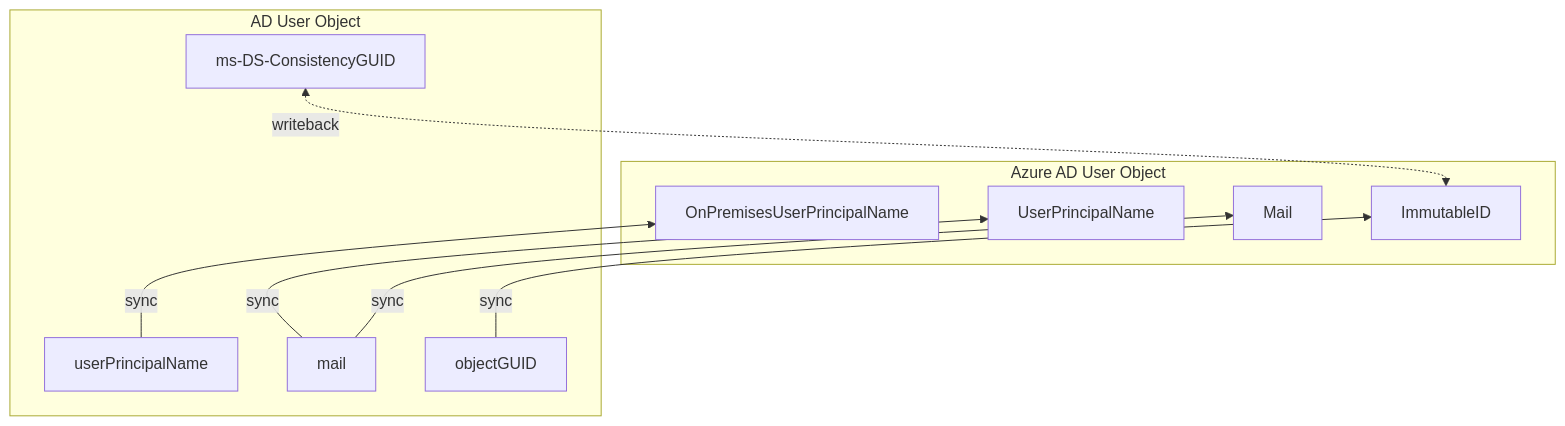
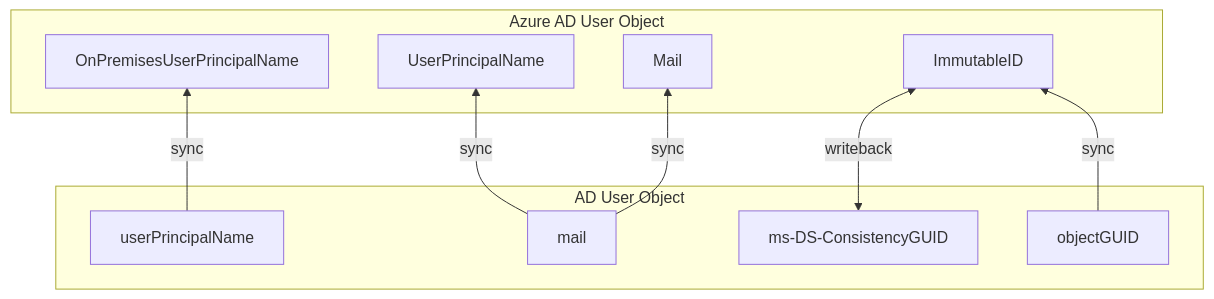
Before and after one commit to amasse3/AzureAD-Baseline-MLZ: the diagram in doc/AAD-CertificateBasedAuthentication-DODPKI.md, drawn with Mermaid. The commit also changed other lines of this file, not shown here.

Commit message:
fix mermaid diagram

`````diff
--- a/doc/AAD-CertificateBasedAuthentication-DODPKI.md
+++ b/doc/AAD-CertificateBasedAuthentication-DODPKI.md
@@ -28,20 +28,20 @@
 ````mermaid
 flowchart BT
     subgraph Azure AD User Object
     UserPrincipalName
     OnPremisesUserPrincipalName
     Mail
     ImmutableID
     end
     subgraph AD User Object
     userPrincipalName
     mail
     ms-DS-ConsistencyGUID
     objectGUID
     end
     userPrincipalName-->|sync|OnPremisesUserPrincipalName
     mail-->|sync|UserPrincipalName
     mail-->|sync|Mail
     objectGUID-->|sync|ImmutableID
-    ImmutableID<-.->|writeback|ms-DS-ConsistencyGUID
+    ms-DS-ConsistencyGUID<-->|writeback|ImmutableID
 ````
`````
